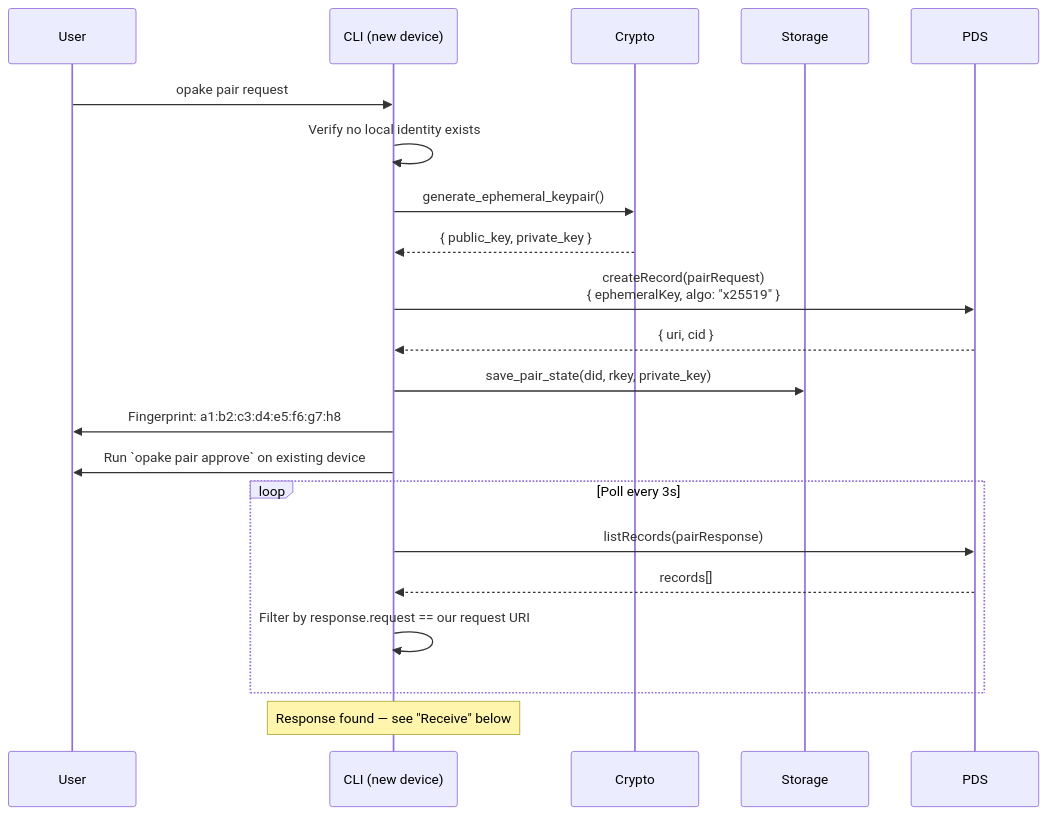
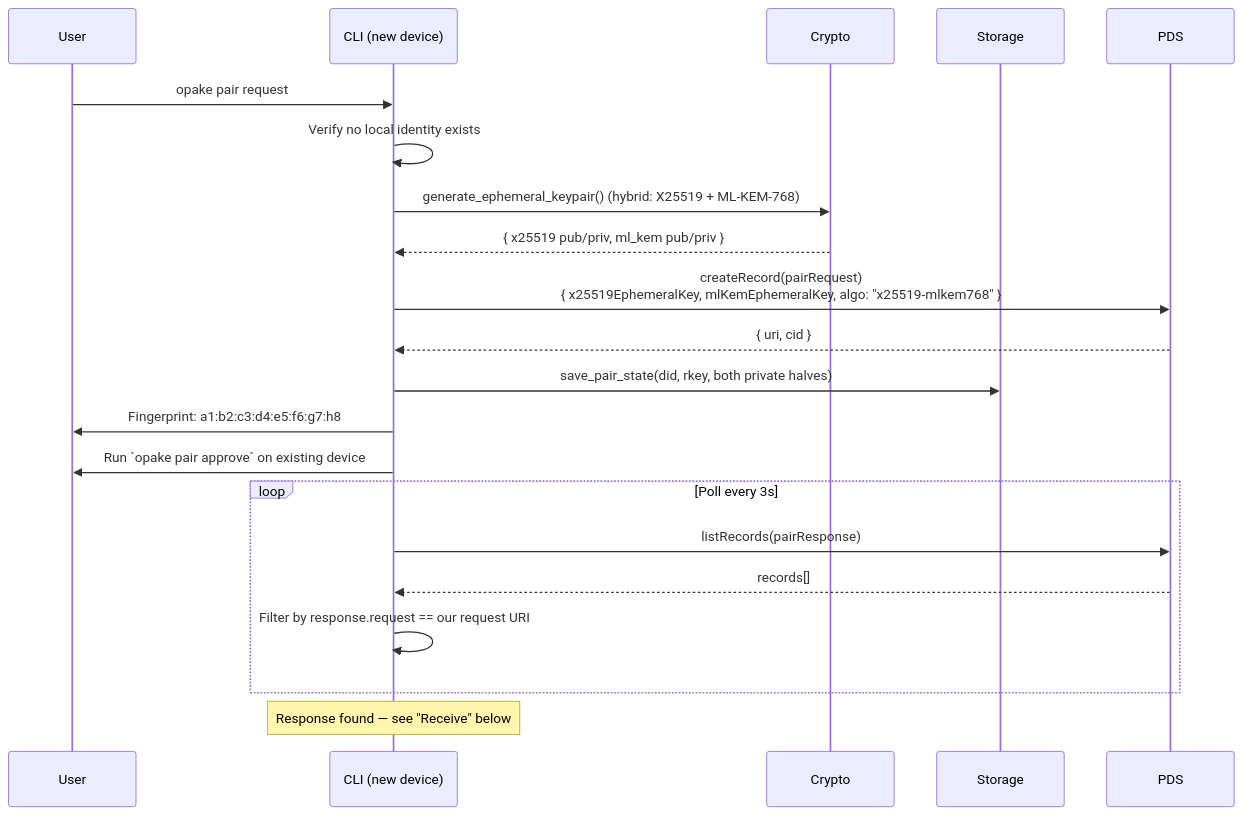
The first of 4 diagrams in docs/flows/pairing.md (Sans-Self/Opake), drawn with Mermaid before and after one commit. The commit also changed other lines of this file and 35 other files, not shown here.

````diff
--- a/docs/flows/pairing.md
+++ b/docs/flows/pairing.md
@@ -7,31 +7,31 @@
 ```mermaid
 sequenceDiagram
     participant User
     participant CLI as CLI (new device)
     participant Crypto
     participant Storage
     participant PDS
 
     User->>CLI: opake pair request
 
     CLI->>CLI: Verify no local identity exists
 
-    CLI->>Crypto: generate_ephemeral_keypair()
-    Crypto-->>CLI: { public_key, private_key }
+    CLI->>Crypto: generate_ephemeral_keypair() (hybrid: X25519 + ML-KEM-768)
+    Crypto-->>CLI: { x25519 pub/priv, ml_kem pub/priv }
 
-    CLI->>PDS: createRecord(pairRequest)<br/>{ ephemeralKey, algo: "x25519" }
+    CLI->>PDS: createRecord(pairRequest)<br/>{ x25519EphemeralKey, mlKemEphemeralKey, algo: "x25519-mlkem768" }
     PDS-->>CLI: { uri, cid }
 
-    CLI->>Storage: save_pair_state(did, rkey, private_key)
+    CLI->>Storage: save_pair_state(did, rkey, both private halves)
 
     CLI->>User: Fingerprint: a1:b2:c3:d4:e5:f6:g7:h8
     CLI->>User: Run `opake pair approve` on existing device
 
     loop Poll every 3s
         CLI->>PDS: listRecords(pairResponse)
         PDS-->>CLI: records[]
         CLI->>CLI: Filter by response.request == our request URI
     end
 
     Note over CLI: Response found — see "Receive" below
 ```
````
